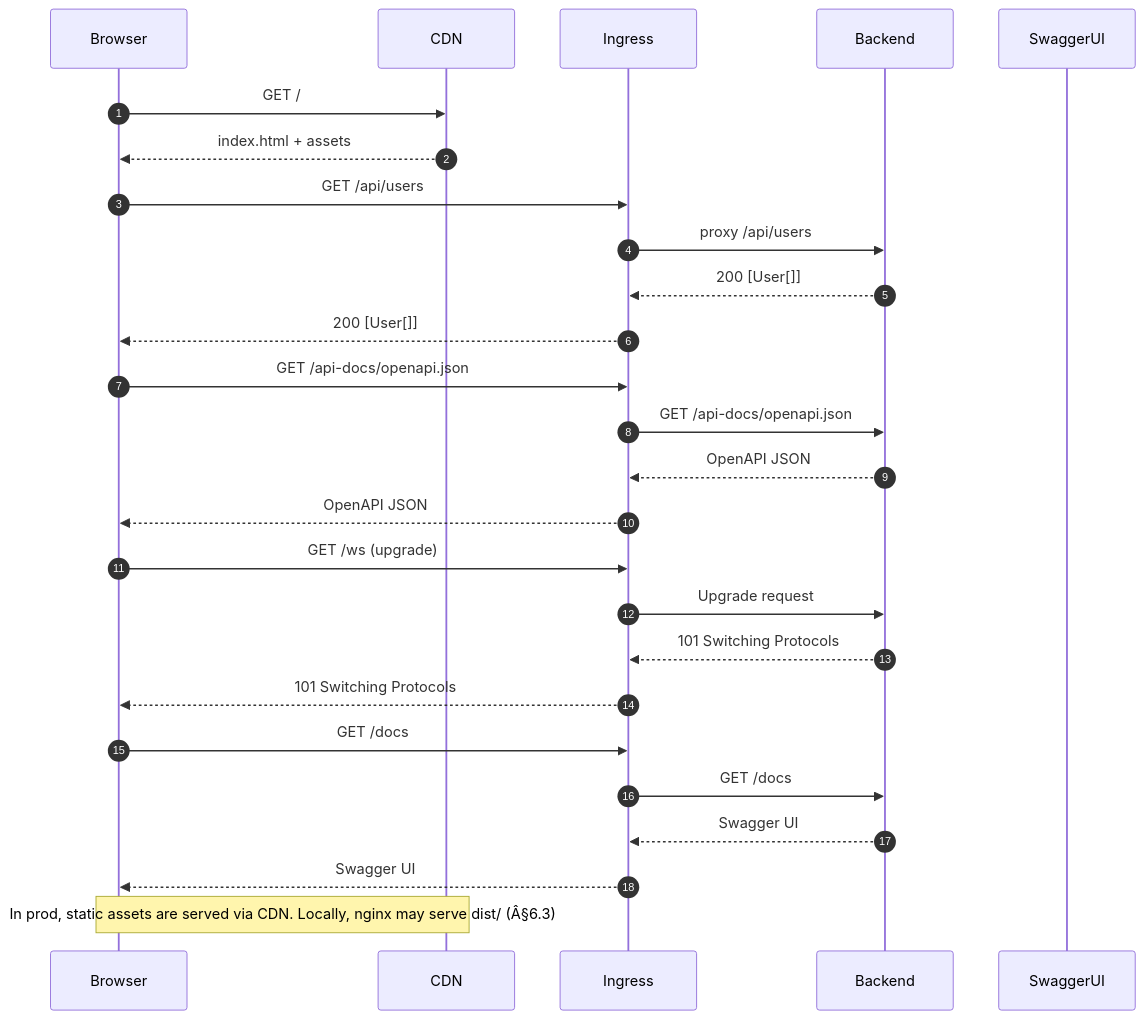
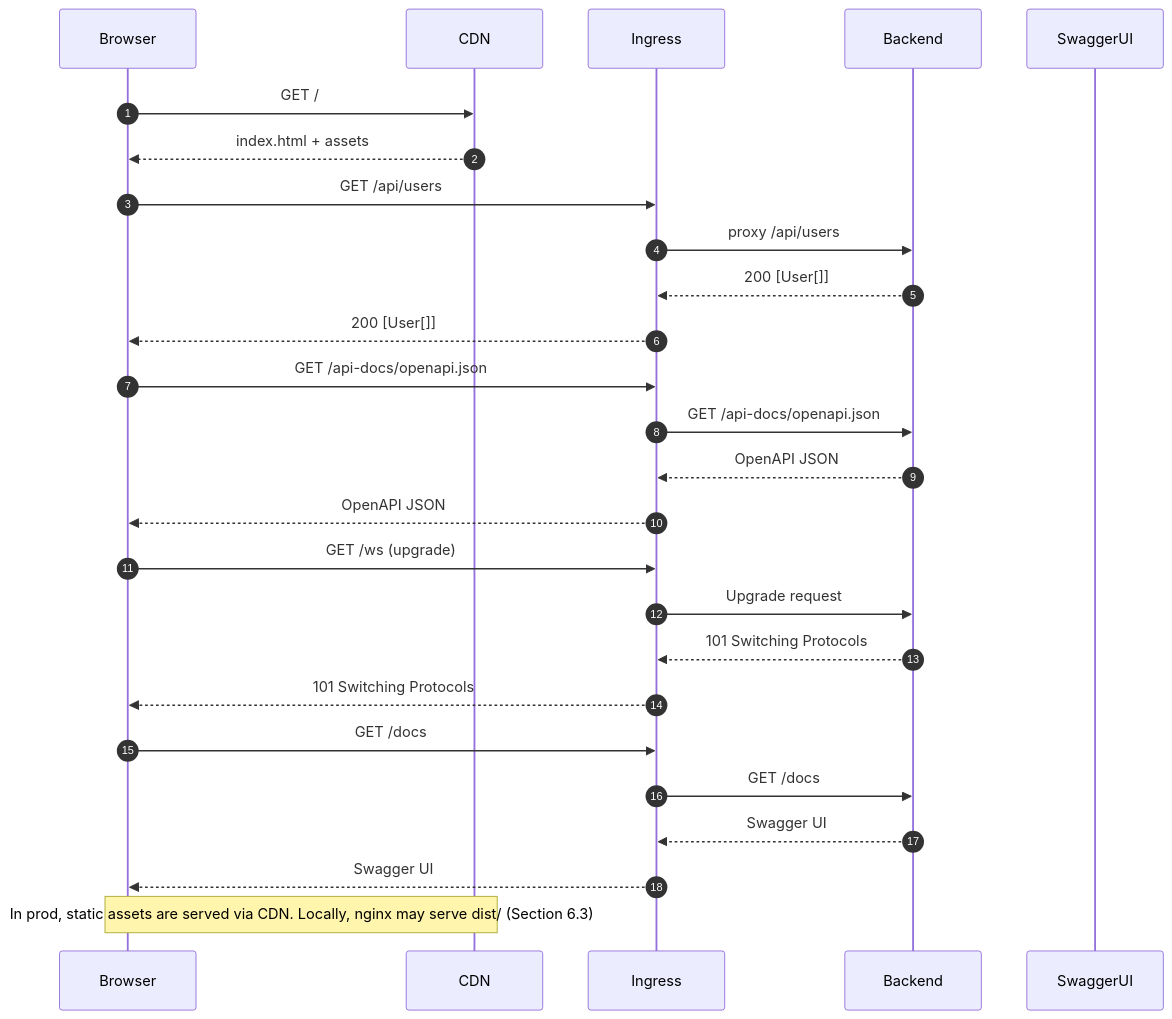
The first of 3 diagrams in docs/repository-structure.md (leynos/wildside), drawn with Mermaid before and after one commit. The commit also changed other lines of this file, not shown here.

````diff
--- a/docs/repository-structure.md
+++ b/docs/repository-structure.md
@@ -18,34 +18,34 @@
 ```mermaid
 sequenceDiagram
   autonumber
   participant Browser
   participant CDN
   participant Ingress
   participant Backend
   participant SwaggerUI
 
   Browser->>CDN: GET /
   CDN-->>Browser: index.html + assets
 
   Browser->>Ingress: GET /api/users
   Ingress->>Backend: proxy /api/users
   Backend-->>Ingress: 200 [User[]]
   Ingress-->>Browser: 200 [User[]]
 
   Browser->>Ingress: GET /api-docs/openapi.json
   Ingress->>Backend: GET /api-docs/openapi.json
   Backend-->>Ingress: OpenAPI JSON
   Ingress-->>Browser: OpenAPI JSON
 
   Browser->>Ingress: GET /ws (upgrade)
   Ingress->>Backend: Upgrade request
   Backend-->>Ingress: 101 Switching Protocols
   Ingress-->>Browser: 101 Switching Protocols
 
   Browser->>Ingress: GET /docs
   Ingress->>Backend: GET /docs
   Backend-->>Ingress: Swagger UI
   Ingress-->>Browser: Swagger UI
 
-  Note over Browser, CDN: In prod, static assets are served via CDN. Locally, nginx may serve dist/ (Â§6.3)
+  Note over Browser, CDN: In prod, static assets are served via CDN. Locally, nginx may serve dist/ (Section 6.3)
 ```
````
